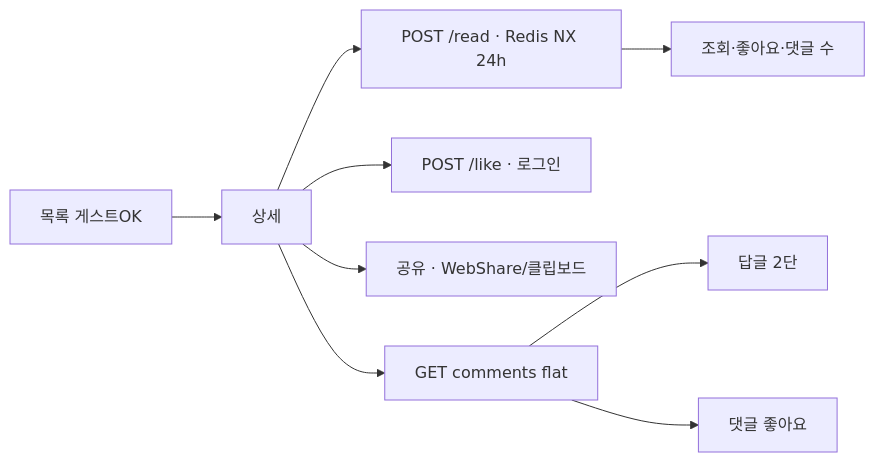
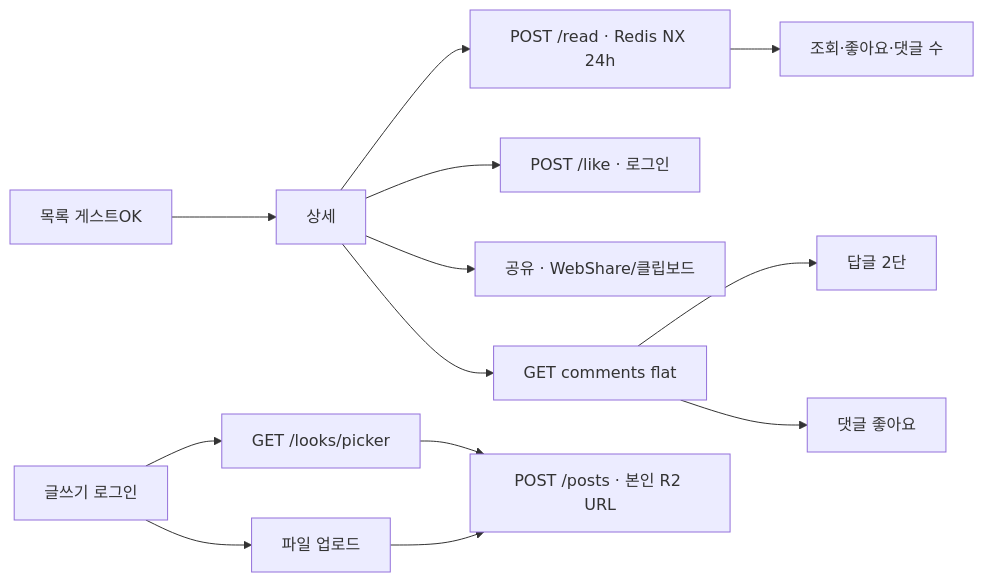
Before and after one commit to ohdeg/PBB: diagram 22 of 26 in docs/PBB-유저-흐름도.md, drawn with Mermaid. The commit also changed other lines of this file and 22 other files, not shown here.

First line of the commit message:
Ship Sranko look detail, item brand/URL, and community look picker.

````diff
--- a/docs/PBB-유저-흐름도.md
+++ b/docs/PBB-유저-흐름도.md
@@ -542,11 +542,15 @@
 ```mermaid
 flowchart LR
     list[목록 게스트OK] --> detail[상세]
     detail --> bump[POST /read · Redis NX 24h]
     bump --> meta[조회·좋아요·댓글 수]
     detail --> like[POST /like · 로그인]
     detail --> share[공유 · WebShare/클립보드]
     detail --> comments[GET comments flat]
     comments --> reply[답글 2단]
     comments --> cLike[댓글 좋아요]
+    write[글쓰기 로그인] --> fileUp[파일 업로드]
+    write --> lookPick[GET /looks/picker]
+    lookPick --> post[POST /posts · 본인 R2 URL]
+    fileUp --> post
 ```
````
